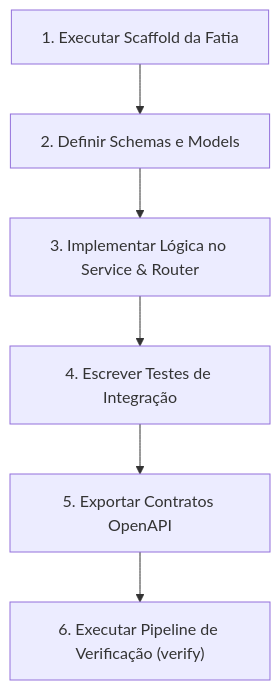
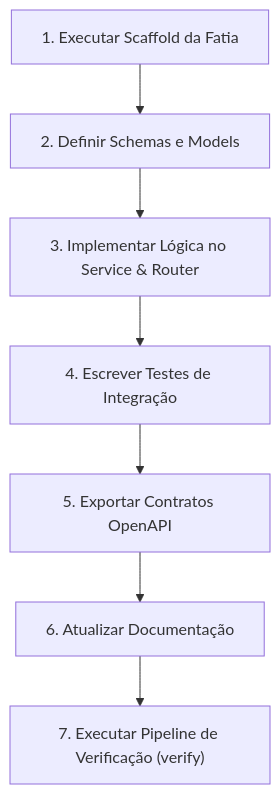
Before and after one commit to omauriciofala/softforge.redepronta.com: the diagram in .ai/AGENTS.md, drawn with Mermaid. The commit also changed other lines of this file and 43 other files, not shown here.

````diff
--- a/.ai/AGENTS.md
+++ b/.ai/AGENTS.md
@@ -50,8 +54,9 @@
 ```mermaid
 graph TD
     Step1["1. Executar Scaffold da Fatia"] --> Step2["2. Definir Schemas e Models"]
     Step2 --> Step3["3. Implementar Lógica no Service & Router"]
     Step3 --> Step4["4. Escrever Testes de Integração"]
     Step4 --> Step5["5. Exportar Contratos OpenAPI"]
-    Step5 --> Step6["6. Executar Pipeline de Verificação (verify)"]
+    Step5 --> Step6["6. Atualizar Documentação"]
+    Step6 --> Step7["7. Executar Pipeline de Verificação (verify)"]
 ```
````
